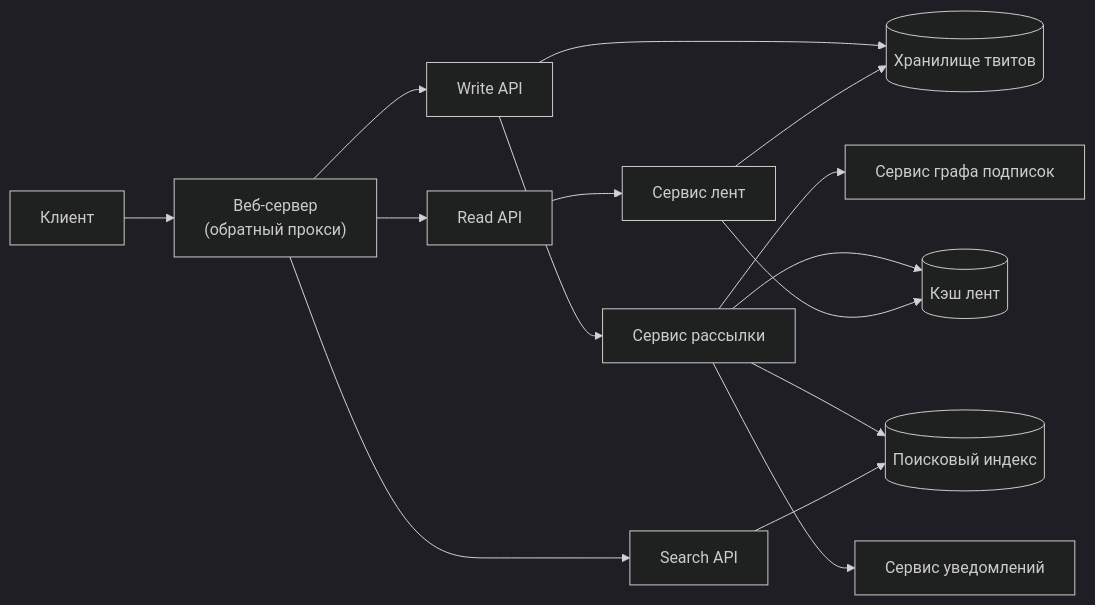
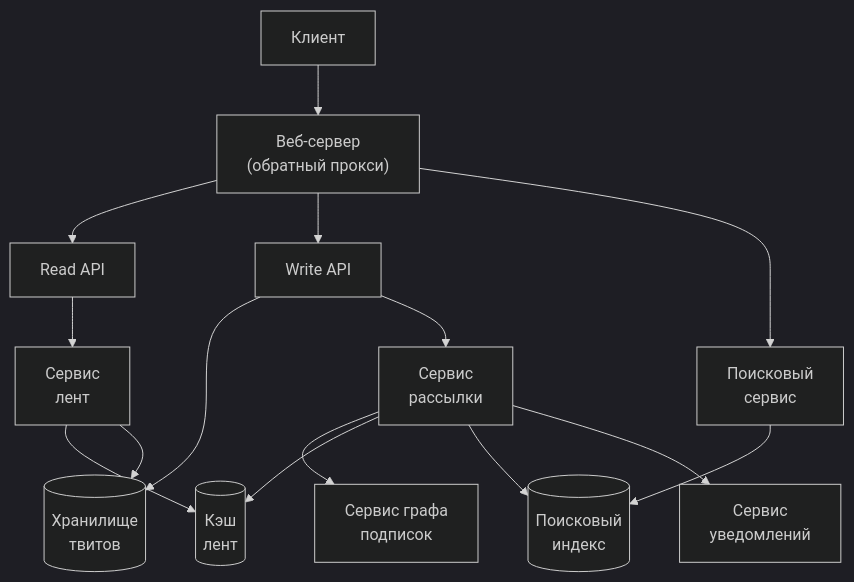
Before and after one commit to butyavk/system-design: the first of 3 diagrams in src/content/docs/ru/practice/twitter-timeline.mdx, drawn with Mermaid (dark theme). The commit also changed other lines of this file and 144 other files, not shown here.

````diff
--- a/src/content/docs/ru/practice/twitter-timeline.mdx
+++ b/src/content/docs/ru/practice/twitter-timeline.mdx
@@ -63,17 +63,17 @@
 ```mermaid
-flowchart LR
+flowchart TB
   client["Клиент"] --> web["Веб-сервер<br/>(обратный прокси)"]
+  web --> readapi["Read API"]
   web --> writeapi["Write API"]
-  web --> readapi["Read API"]
-  web --> searchapi["Search API"]
-  writeapi --> tweets[("Хранилище твитов")]
-  writeapi --> fanout["Сервис рассылки"]
-  fanout --> follows["Сервис графа подписок"]
-  fanout --> tlcache[("Кэш лент")]
-  fanout --> search[("Поисковый индекс")]
-  fanout --> notify["Сервис уведомлений"]
-  readapi --> timeline["Сервис лент"]
+  web --> searchapi["Поисковый<br/>сервис"]
+  readapi --> timeline["Сервис<br/>лент"]
+  writeapi --> tweets[("Хранилище<br/>твитов")]
+  writeapi --> fanout["Сервис<br/>рассылки"]
+  fanout --> follows["Сервис графа<br/>подписок"]
+  fanout --> tlcache[("Кэш<br/>лент")]
+  fanout --> search[("Поисковый<br/>индекс")]
+  fanout --> notify["Сервис<br/>уведомлений"]
   timeline --> tlcache
   timeline --> tweets
   searchapi --> search
 ```
````
